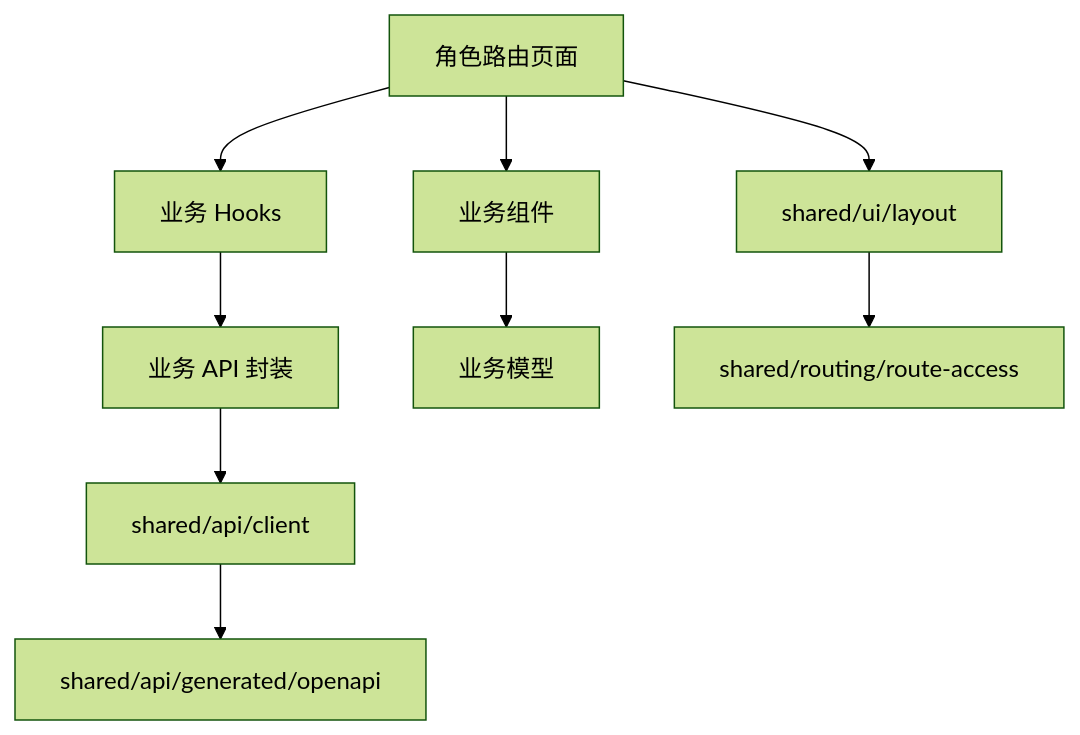
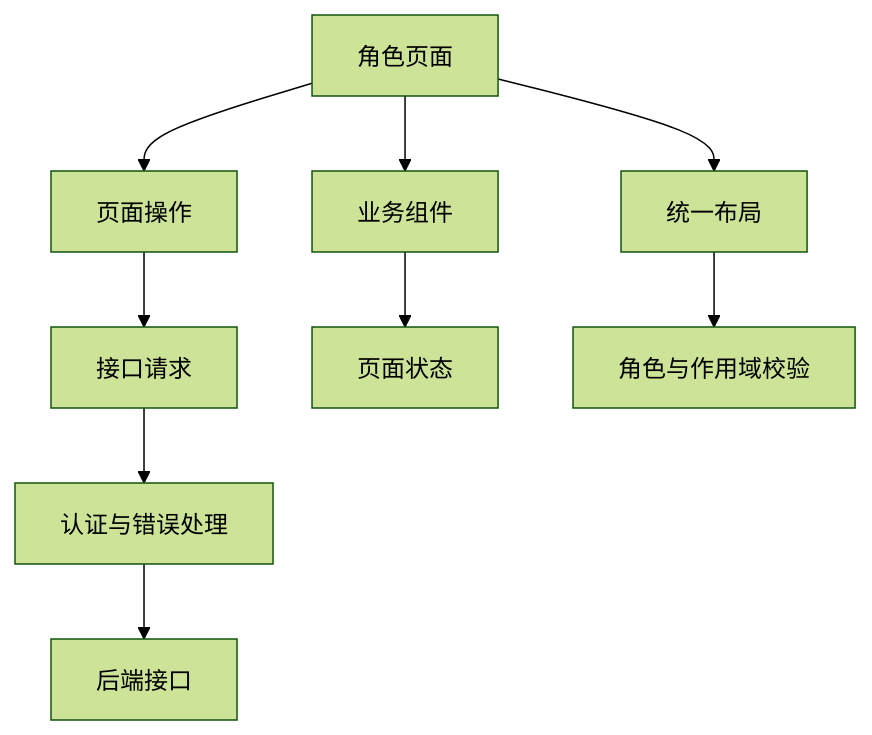
One commit to BUAA-SEProject/docs changed diagram 31 of 36 in 02-process-docs/detailed-design.md. Above: the diagram before and after it, drawn with Mermaid (forest theme). The commit also changed other lines of this file and 3 other files, not shown here.

````diff
--- a/02-process-docs/detailed-design.md
+++ b/02-process-docs/detailed-design.md
@@ -797,11 +797,11 @@
 ```mermaid
 flowchart TD
-  Page["角色路由页面"] --> Hook["业务 Hooks"]
+  Page["角色页面"] --> Operation["页面操作"]
   Page --> Component["业务组件"]
-  Hook --> Api["业务 API 封装"]
-  Component --> Model["业务模型"]
-  Api --> Client["shared/api/client"]
-  Client --> Generated["shared/api/generated/openapi"]
-  Page --> Layout["shared/ui/layout"]
-  Layout --> RouteAccess["shared/routing/route-access"]
+  Operation --> Request["接口请求"]
+  Component --> State["页面状态"]
+  Request --> Auth["认证与错误处理"]
+  Auth --> Server["后端接口"]
+  Page --> Layout["统一布局"]
+  Layout --> Permission["角色与作用域校验"]
 ```
````
